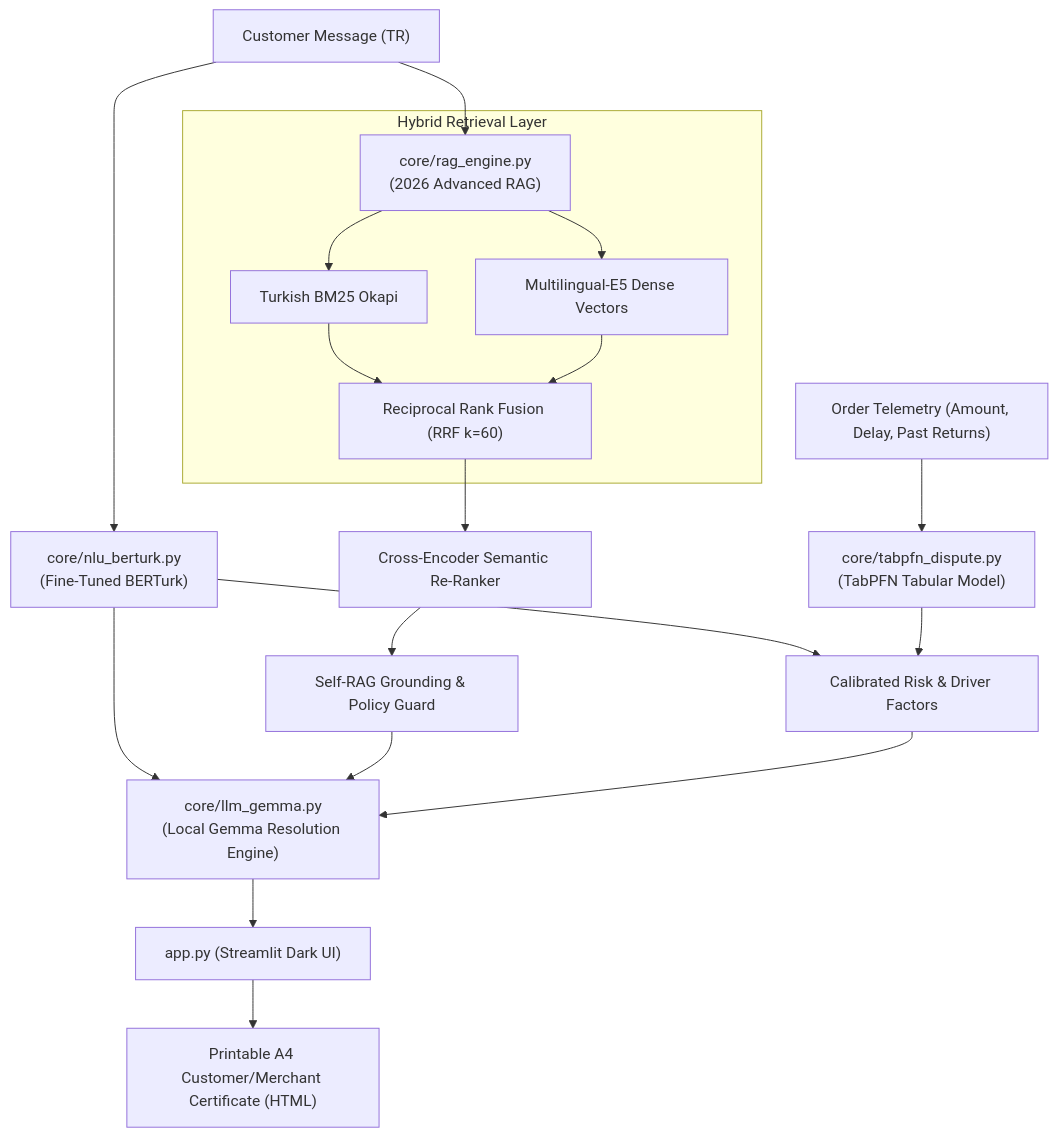
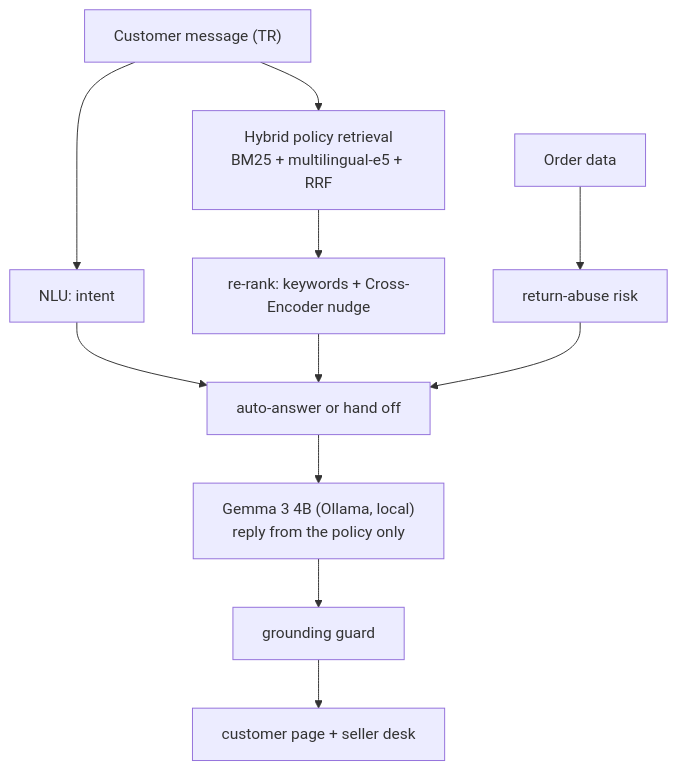
Before and after one commit to hacktob3v-devs/disk-doctor: the diagram in post/devto_submission.md, drawn with Mermaid. The commit also changed other lines of this file and 7 other files, not shown here.

````diff
--- a/post/devto_submission.md
+++ b/post/devto_submission.md
@@ -47,21 +34,11 @@
 ```mermaid
 graph TD
-    A["Customer Message (TR)"] --> B["core/nlu_berturk.py<br/>(Fine-Tuned BERTurk)"]
-    A --> C["core/rag_engine.py<br/>(2026 Advanced RAG)"]
-    
-    subgraph "Hybrid Retrieval Layer"
-        C --> D["Turkish BM25 Okapi"]
-        C --> E["Multilingual-E5 Dense Vectors"]
-        D & E --> F["Reciprocal Rank Fusion (RRF k=60)"]
-    end
-    
-    F --> G["Cross-Encoder Semantic Re-Ranker"]
-    G --> H["Self-RAG Grounding & Policy Guard"]
-    
-    I["Order Telemetry (Amount, Delay, Past Returns)"] --> J["core/tabpfn_dispute.py<br/>(TabPFN Tabular Model)"]
-    B & J --> K["Calibrated Risk & Driver Factors"]
-    
-    B & H & K --> L["core/llm_gemma.py<br/>(Local Gemma Resolution Engine)"]
-    L --> M["app.py (Streamlit Dark UI)"]
-    M --> N["Printable A4 Customer/Merchant Certificate (HTML)"]
+    A["Customer message (TR)"] --> B["NLU: intent"]
+    A --> C["Hybrid policy retrieval<br/>BM25 + multilingual-e5 + RRF"]
+    C --> G["re-rank: keywords + Cross-Encoder nudge"]
+    O["Order data"] --> J["return-abuse risk"]
+    B & G & J --> K["auto-answer or hand off"]
+    K --> L["Gemma 3 4B (Ollama, local)<br/>reply from the policy only"]
+    L --> V["grounding guard"]
+    V --> W["customer page + seller desk"]
 ```
````
